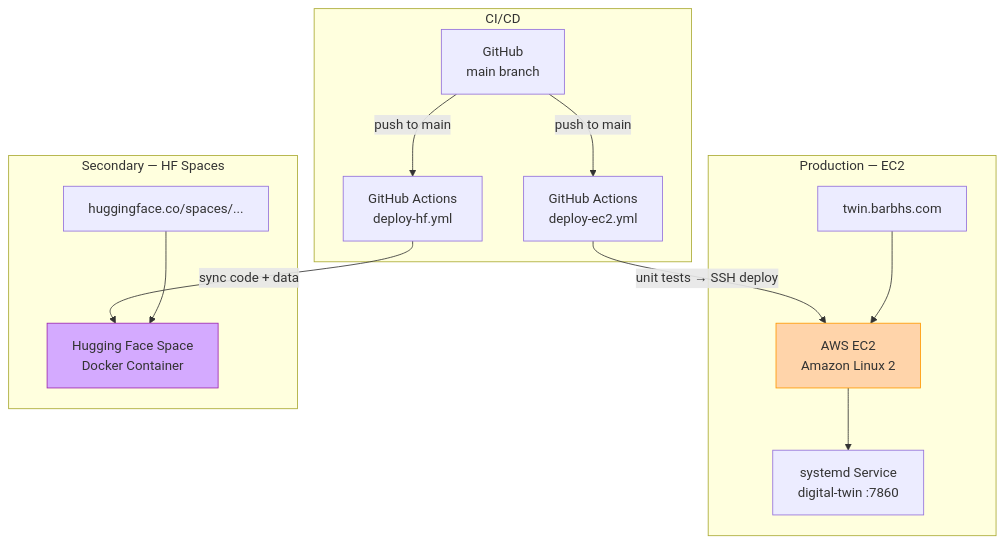
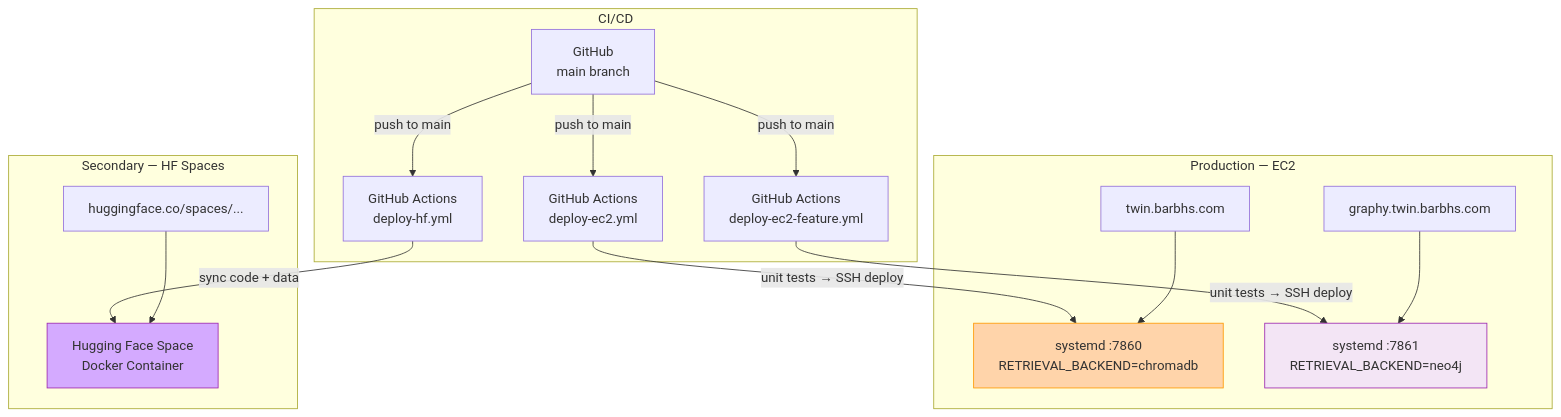
The third of 3 diagrams in mkdocs-docs/architecture/system-overview.md (dagny099/barbs-digital-twin), drawn with Mermaid before and after one commit. The commit also changed 8 other files, not shown here.

Commit message:
corrected mk-docs for consolidated backend version of twin

````diff
--- a/mkdocs-docs/architecture/system-overview.md
+++ b/mkdocs-docs/architecture/system-overview.md
@@ -111,30 +111,35 @@
 ```mermaid
 graph TB
     subgraph "CI/CD"
         GH_MAIN["GitHub\nmain branch"]
         GHA1["GitHub Actions\ndeploy-ec2.yml"]
         GHA2["GitHub Actions\ndeploy-hf.yml"]
+        GHA3["GitHub Actions\ndeploy-ec2-feature.yml"]
     end
 
     subgraph "Production — EC2"
-        EC2["AWS EC2\nAmazon Linux 2"]
-        SYS["systemd Service\ndigital-twin :7860"]
+        EC2A["systemd :7860\nRETRIEVAL_BACKEND=chromadb"]
+        EC2B["systemd :7861\nRETRIEVAL_BACKEND=neo4j"]
         DNS1["twin.barbhs.com"]
+        DNS2["graphy.twin.barbhs.com"]
     end
 
     subgraph "Secondary — HF Spaces"
         HF["Hugging Face Space\nDocker Container"]
-        DNS2["huggingface.co/spaces/..."]
+        DNS3["huggingface.co/spaces/..."]
     end
 
     GH_MAIN -->|"push to main"| GHA1
     GH_MAIN -->|"push to main"| GHA2
-    GHA1 -->|"unit tests → SSH deploy"| EC2
-    EC2 --> SYS
-    DNS1 --> EC2
+    GH_MAIN -->|"push to main"| GHA3
+    GHA1 -->|"unit tests → SSH deploy"| EC2A
+    GHA3 -->|"unit tests → SSH deploy"| EC2B
+    DNS1 --> EC2A
+    DNS2 --> EC2B
     GHA2 -->|"sync code + data"| HF
-    DNS2 --> HF
+    DNS3 --> HF
 
-    style EC2 fill:#ffd4aa,stroke:#FF9800
+    style EC2A fill:#ffd4aa,stroke:#FF9800
+    style EC2B fill:#f3e5f5,stroke:#9C27B0
     style HF fill:#d4aaff,stroke:#9C27B0
 ```
````
